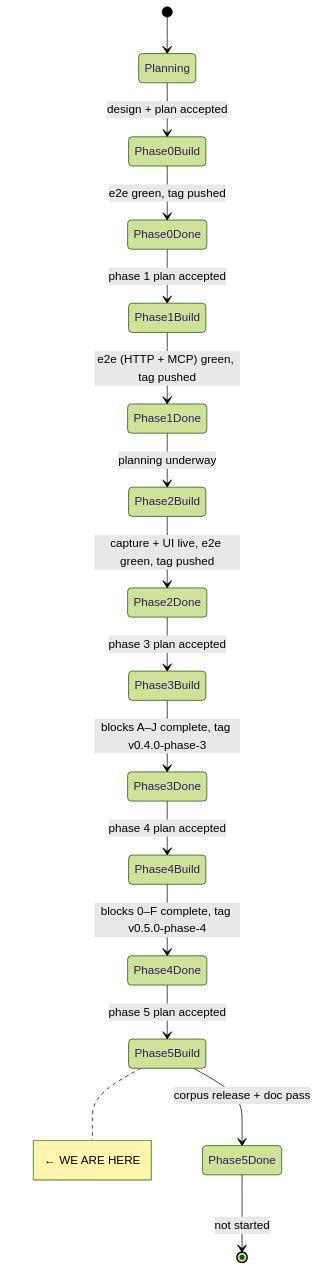
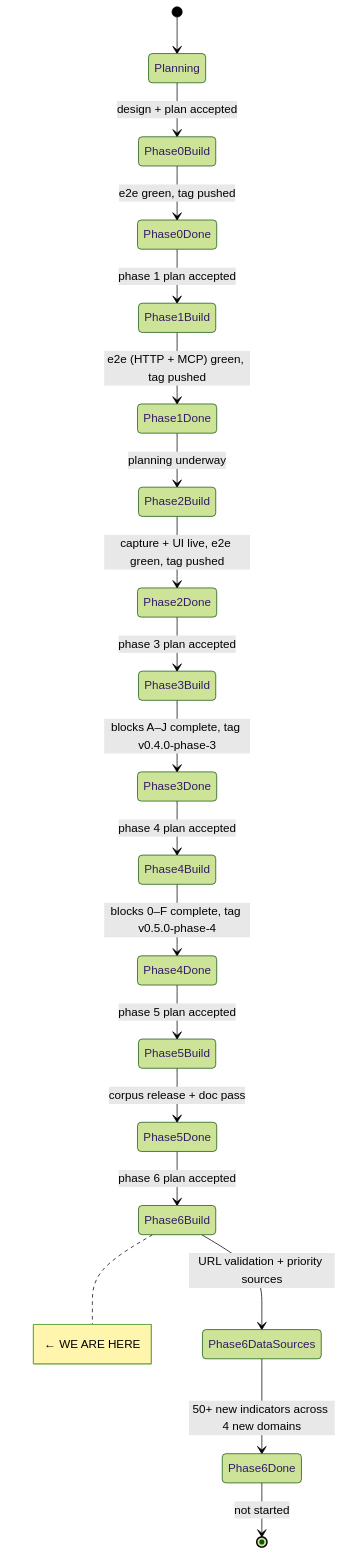
One commit to dataforaction-tom/soundings changed the first of 2 diagrams in STATE.md. Above: the diagram before and after it, drawn with Mermaid (forest theme). The commit also changed other lines of this file and 4 other files, not shown here.

````diff
--- a/STATE.md
+++ b/STATE.md
@@ -8,19 +8,22 @@
 ```mermaid
 stateDiagram-v2
     [*] --> Planning
     Planning --> Phase0Build: design + plan accepted
     Phase0Build --> Phase0Done: e2e green, tag pushed
     Phase0Done --> Phase1Build: phase 1 plan accepted
     Phase1Build --> Phase1Done: e2e (HTTP + MCP) green, tag pushed
     Phase1Done --> Phase2Build: planning underway
     Phase2Build --> Phase2Done: capture + UI live, e2e green, tag pushed
     Phase2Done --> Phase3Build: phase 3 plan accepted
     Phase3Build --> Phase3Done: blocks A–J complete, tag v0.4.0-phase-3
     Phase3Done --> Phase4Build: phase 4 plan accepted
     Phase4Build --> Phase4Done: blocks 0–F complete, tag v0.5.0-phase-4
     Phase4Done --> Phase5Build: phase 5 plan accepted
     Phase5Build --> Phase5Done: corpus release + doc pass
-    Phase5Done --> [*]: not started
+    Phase5Done --> Phase6Build: phase 6 plan accepted
+    Phase6Build --> Phase6DataSources: URL validation + priority sources
+    Phase6DataSources --> Phase6Done: 50+ new indicators across 4 new domains
+    Phase6Done --> [*]: not started
 
-    note right of Phase5Build: ← WE ARE HERE
+    note right of Phase6Build: ← WE ARE HERE
 ```
````
